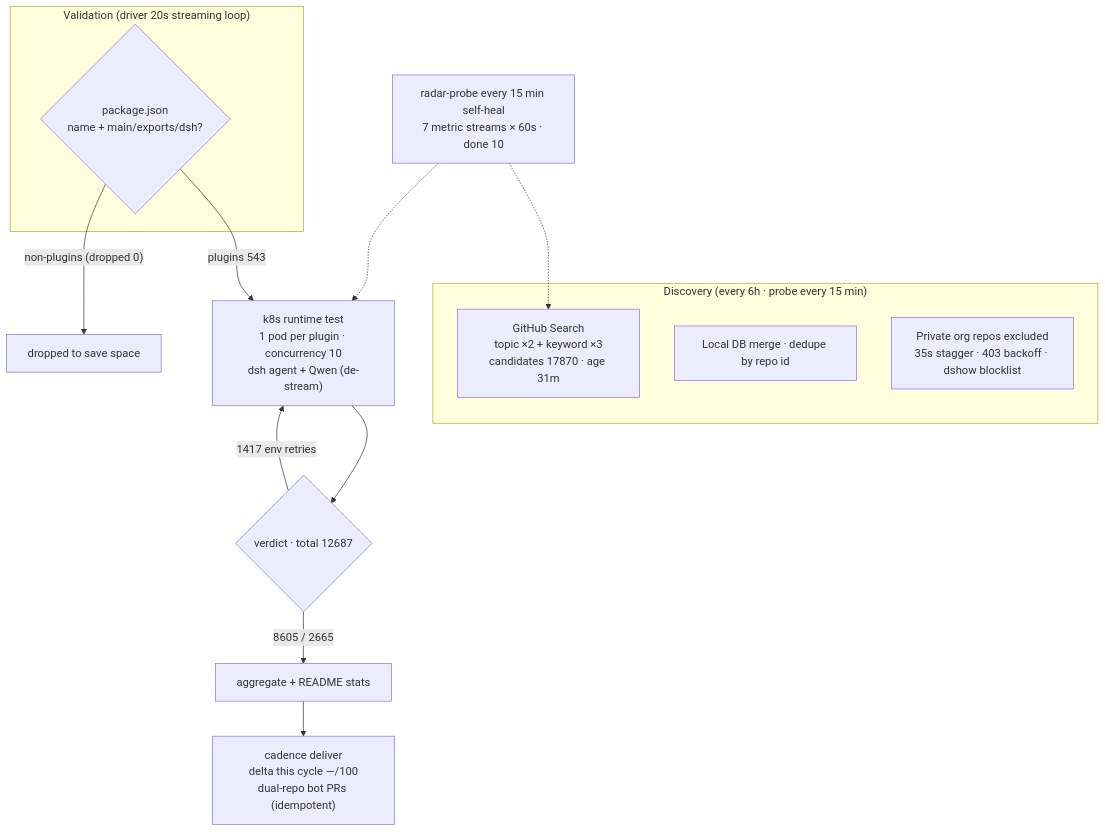
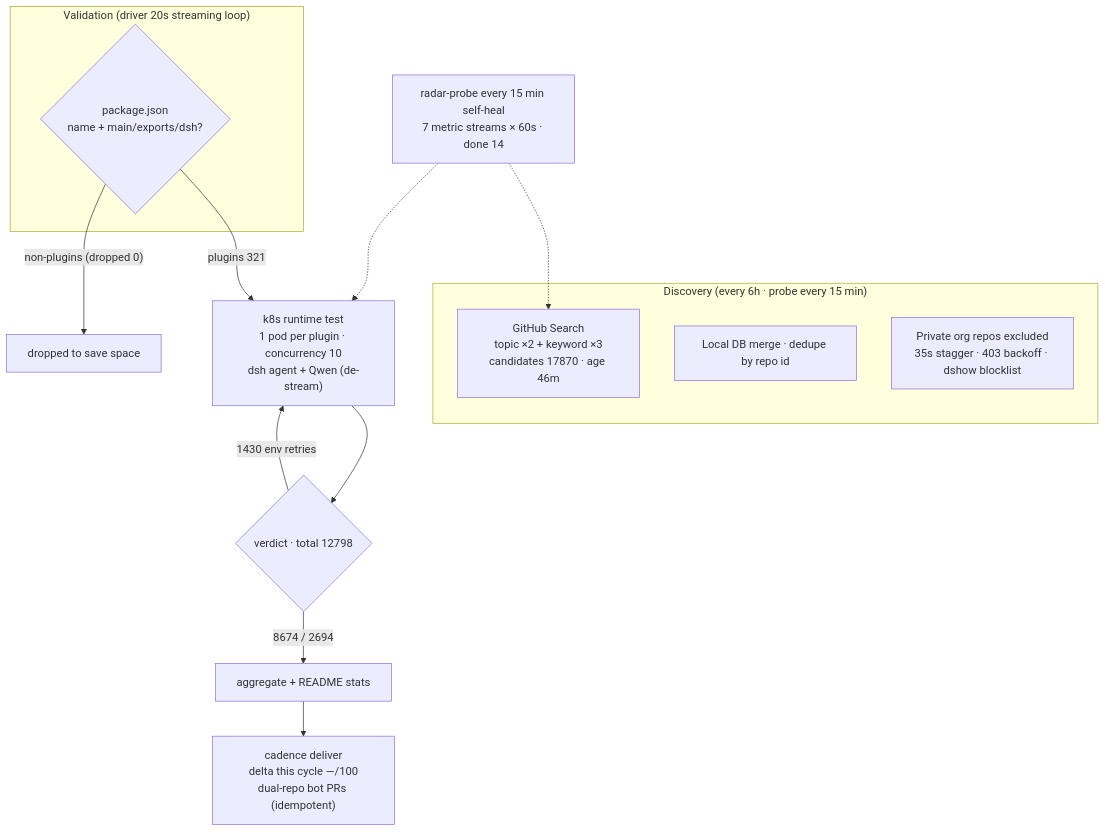
One commit to AdamPlatin123/awesome-dsh-plugins changed the diagram in README.en-US.md. Above: the diagram before and after it, drawn with Mermaid. The commit also changed other lines of this file and 5 other files, not shown here.

````diff
--- a/README.en-US.md
+++ b/README.en-US.md
@@ -45,20 +45,20 @@
 ```mermaid
 flowchart TB
     subgraph Discovery["Discovery (every 6h · probe every 15 min)"]
-        A1["GitHub Search<br/>topic ×2 + keyword ×3<br/>candidates 17870 · age 31m"]
+        A1["GitHub Search<br/>topic ×2 + keyword ×3<br/>candidates 17870 · age 46m"]
         A2["Local DB merge · dedupe by repo id"]
         A3["Private org repos excluded<br/>35s stagger · 403 backoff · dshow blocklist"]
     end
     subgraph Validation["Validation (driver 20s streaming loop)"]
         B1{"package.json<br/>name + main/exports/dsh?"}
     end
-    B1 -->|"plugins 543"| C1["k8s runtime test<br/>1 pod per plugin · concurrency 10<br/>dsh agent + Qwen (de-stream)"]
+    B1 -->|"plugins 321"| C1["k8s runtime test<br/>1 pod per plugin · concurrency 10<br/>dsh agent + Qwen (de-stream)"]
     B1 -->|"non-plugins (dropped 0)"| B3["dropped to save space"]
-    C1 --> D1{"verdict · total 12687"}
-    D1 -->|"8605 / 2665"| E1["aggregate + README stats"]
-    D1 -->|"1417 env retries"| C1
+    C1 --> D1{"verdict · total 12798"}
+    D1 -->|"8674 / 2694"| E1["aggregate + README stats"]
+    D1 -->|"1430 env retries"| C1
     E1 --> E2["cadence deliver<br/>delta this cycle —/100<br/>dual-repo bot PRs (idempotent)"]
-    M["radar-probe every 15 min self-heal<br/>7 metric streams × 60s · done 10"]
+    M["radar-probe every 15 min self-heal<br/>7 metric streams × 60s · done 14"]
     M -.-> A1
     M -.-> C1
 ```
````
